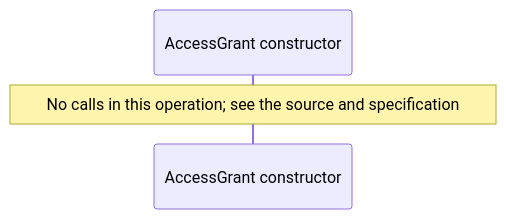
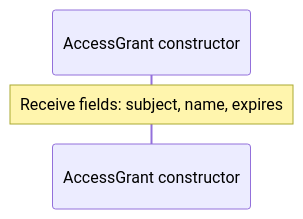
The fifth of 12 diagrams in docs/examples/oidc-login/provider/contracts-diagrams.md (GreenPandaStudios/augscript), drawn with Mermaid before and after one commit. The commit also changed other lines of this file and 289 other files, not shown here.

Commit message:
Correct diagram control flow and complete generated wiki navigation

````diff
--- a/docs/examples/oidc-login/provider/contracts-diagrams.md
+++ b/docs/examples/oidc-login/provider/contracts-diagrams.md
@@ -88,6 +88,6 @@
 ```mermaid
 sequenceDiagram
     participant p0 as AccessGrant constructor
 
-    Note over p0: No calls in this operation#59; see the source and specification
+    Note over p0: Receive fields: subject, name, expires
 ```
````
